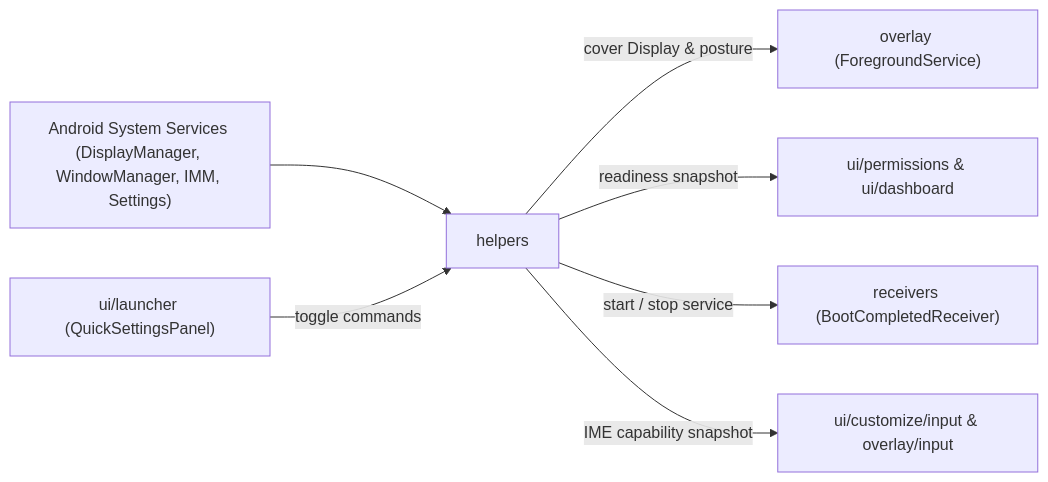
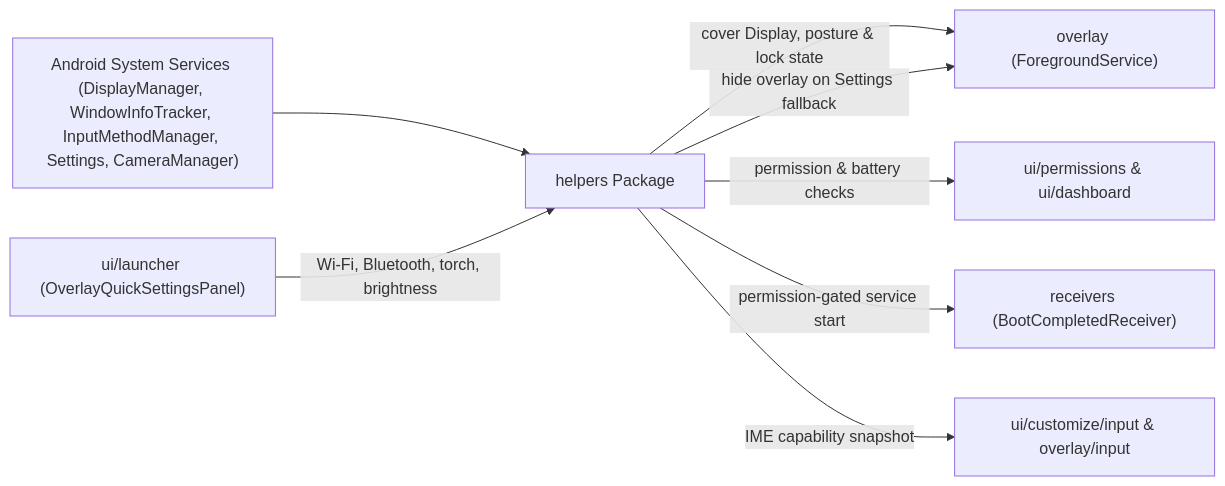
One commit to tyejaedon/Cover-Screen-OS changed the diagram in app/src/main/java/com/tyejaedon/coverscreenos/helpers/README.md. Above: the diagram before and after it, drawn with Mermaid. The commit also changed other lines of this file and 157 other files, not shown here.

````diff
--- a/app/src/main/java/com/tyejaedon/coverscreenos/helpers/README.md
+++ b/app/src/main/java/com/tyejaedon/coverscreenos/helpers/README.md
@@ -18,9 +100,10 @@
 ```mermaid
 flowchart LR
-    Android["Android System Services (DisplayManager, WindowManager, IMM, Settings)"] --> Helpers["helpers"]
-    Helpers -->|"cover Display & posture"| Overlay["overlay (ForegroundService)"]
-    Helpers -->|"readiness snapshot"| Perms["ui/permissions & ui/dashboard"]
-    Helpers -->|"start / stop service"| Receivers["receivers (BootCompletedReceiver)"]
+    Android["Android System Services (DisplayManager, WindowInfoTracker, InputMethodManager, Settings, CameraManager)"] --> Helpers["helpers Package"]
+    Helpers -->|"cover Display, posture & lock state"| Overlay["overlay (ForegroundService)"]
+    Helpers -->|"permission & battery checks"| Perms["ui/permissions & ui/dashboard"]
+    Helpers -->|"permission-gated service start"| Receivers["receivers (BootCompletedReceiver)"]
     Helpers -->|"IME capability snapshot"| InputUI["ui/customize/input & overlay/input"]
-    Launcher["ui/launcher (QuickSettingsPanel)"] -->|"toggle commands"| Helpers
+    Launcher["ui/launcher (OverlayQuickSettingsPanel)"] -->|"Wi-Fi, Bluetooth, torch, brightness"| Helpers
+    Helpers -->|"hide overlay on Settings fallback"| Overlay
 ```
````
